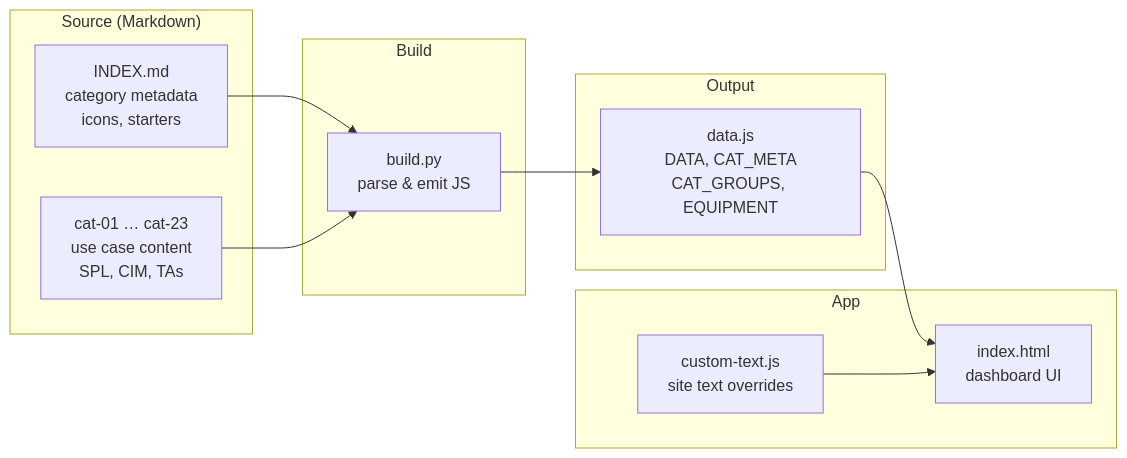
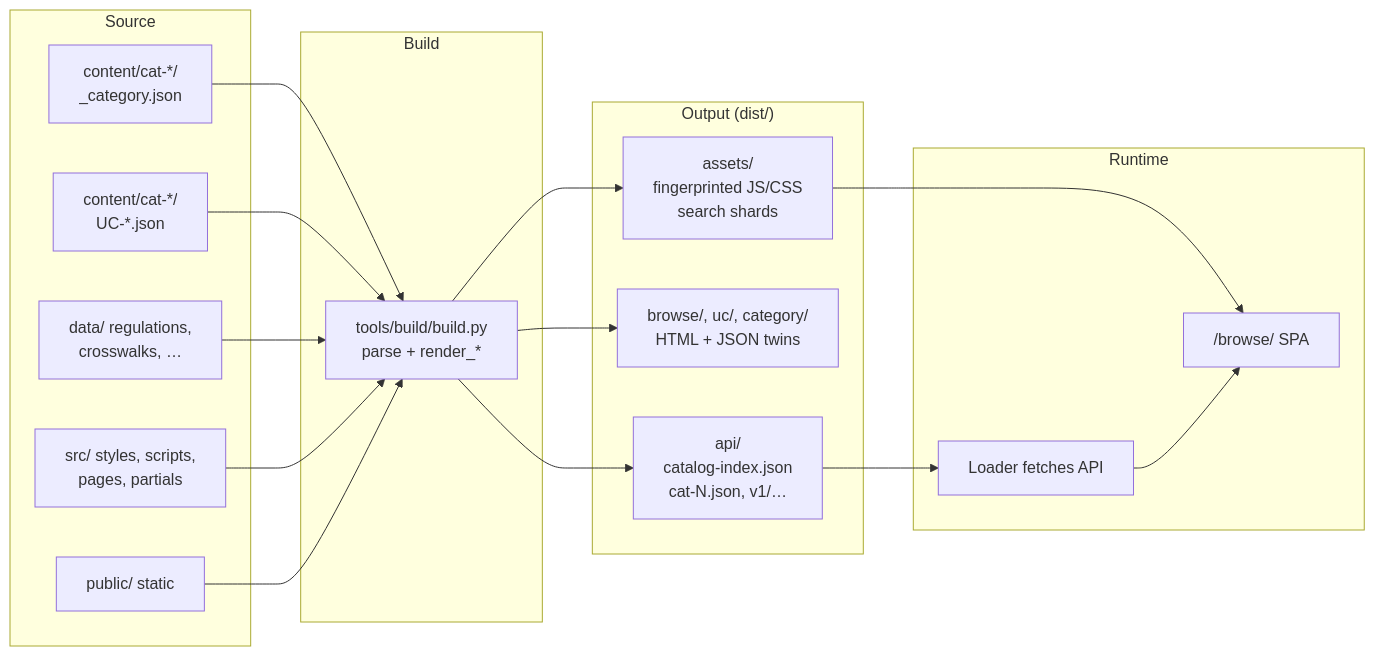
Before and after one commit to fenre/splunk-monitoring-use-cases: the first of 6 diagrams in CODEBASE-DIAGRAM.md, drawn with Mermaid. The commit also changed other lines of this file and 50 other files, not shown here.

First line of the commit message:
chore: sync docs, scripts, workflows, and frontend assets

````diff
--- a/CODEBASE-DIAGRAM.md
+++ b/CODEBASE-DIAGRAM.md
@@ -9,26 +9,37 @@
 ```mermaid
 flowchart LR
-    subgraph sources["Source (Markdown)"]
-        INDEX["INDEX.md\ncategory metadata\nicons, starters"]
-        CAT["cat-01 … cat-23\nuse case content\nSPL, CIM, TAs"]
+    subgraph sources["Source"]
+        CAT["content/cat-*/<br/>_category.json"]
+        UC["content/cat-*/<br/>UC-*.json"]
+        DATA["data/ regulations,<br/>crosswalks, …"]
+        SRC["src/ styles, scripts,<br/>pages, partials"]
+        PUB["public/ static"]
     end
 
     subgraph build["Build"]
-        PY["build.py\nparse & emit JS"]
+        PY["tools/build/build.py<br/>parse + render_*"]
     end
 
-    subgraph output["Output"]
-        DATA["data.js\nDATA, CAT_META\nCAT_GROUPS, EQUIPMENT"]
+    subgraph output["Output (dist/)"]
+        API["api/<br/>catalog-index.json<br/>cat-N.json, v1/…"]
+        SITE["browse/, uc/, category/<br/>HTML + JSON twins"]
+        ASSET["assets/<br/>fingerprinted JS/CSS<br/>search shards"]
     end
 
-    subgraph app["App"]
-        HTML["index.html\ndashboard UI"]
-        CUSTOM["custom-text.js\nsite text overrides"]
+    subgraph app["Runtime"]
+        BROW["/browse/ SPA"]
+        LOADER["Loader fetches API"]
     end
 
-    INDEX --> PY
     CAT --> PY
-    PY --> DATA
-    DATA --> HTML
-    CUSTOM --> HTML
+    UC --> PY
+    DATA --> PY
+    SRC --> PY
+    PUB --> PY
+    PY --> API
+    PY --> SITE
+    PY --> ASSET
+    API --> LOADER
+    ASSET --> BROW
+    LOADER --> BROW
 ```
````
